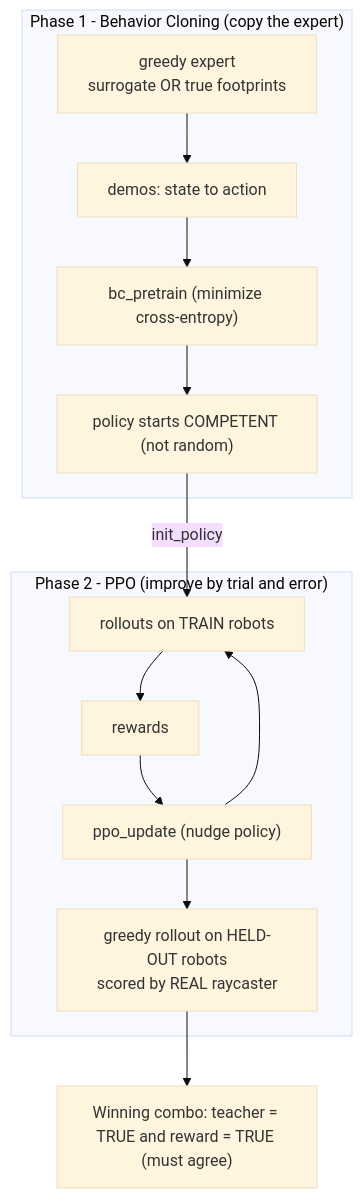
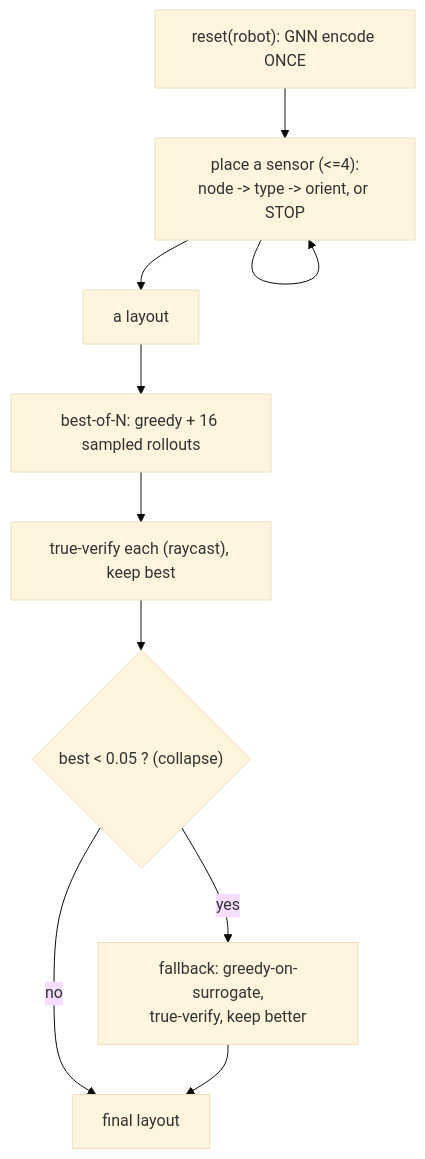
The third of 5 diagrams in surrogate/rl/DATAFLOW.md (minhnhangia/genetic_algorithm), drawn with Mermaid (base theme) before and after one commit. The commit also changed other lines of this file and 24 other files, not shown here.

````diff
--- a/surrogate/rl/DATAFLOW.md
+++ b/surrogate/rl/DATAFLOW.md
@@ -61,20 +46,12 @@
 ```mermaid
 flowchart TD
-    subgraph P1["Phase 1 - Behavior Cloning (copy the expert)"]
-        EXP["greedy expert<br/>surrogate OR true footprints"] --> D["demos: state to action"]
-        D --> BCP["bc_pretrain (minimize cross-entropy)"]
-        BCP --> COMP["policy starts COMPETENT (not random)"]
-    end
-
-    COMP -->|"init_policy"| RO
-
-    subgraph P2["Phase 2 - PPO (improve by trial and error)"]
-        RO["rollouts on TRAIN robots"] --> RW["rewards"]
-        RW --> UP["ppo_update (nudge policy)"]
-        UP --> RO
-        UP --> HO["greedy rollout on HELD-OUT robots<br/>scored by REAL raycaster"]
-    end
-
-    NOTE["Winning combo: teacher = TRUE and reward = TRUE (must agree)"]
-    HO --> NOTE
+  R["reset(robot): GNN encode ONCE"] --> LOOP["place a sensor (<=4):<br/>node -> type -> orient, or STOP"]
+  LOOP --> LOOP
+  LOOP --> LAY["a layout"]
+  LAY --> BON["best-of-N: greedy + 16 sampled rollouts"]
+  BON --> VER["true-verify each (raycast), keep best"]
+  VER --> CHK{"best &lt; 0.05 ? (collapse)"}
+  CHK -->|"no"| OUT["final layout"]
+  CHK -->|"yes"| FB["fallback: greedy-on-surrogate,<br/>true-verify, keep better"]
+  FB --> OUT
 ```
````
